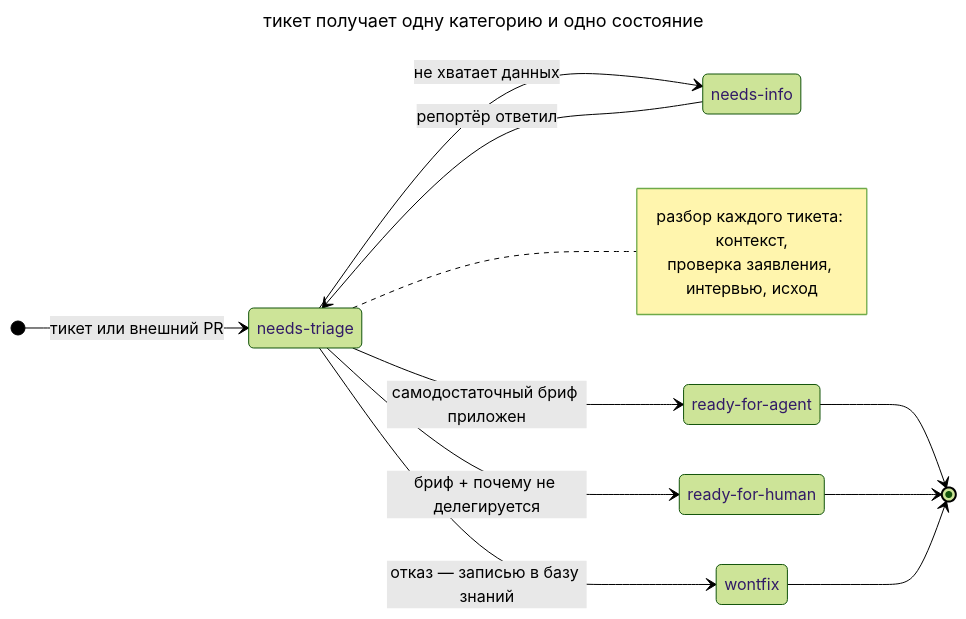
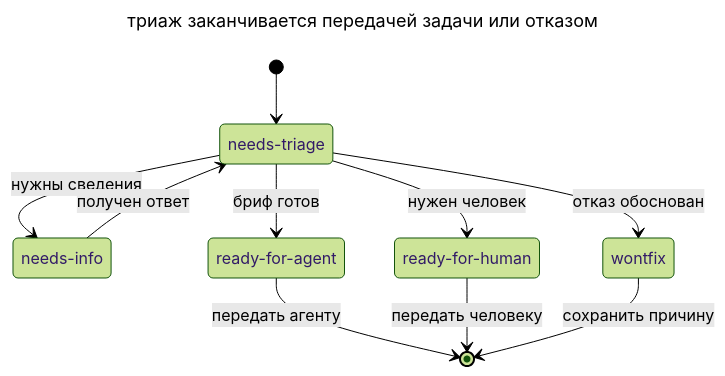
One commit to Rastavelli/agentic-coding-design-patterns changed the diagram in book/ru/triage-state-machine.md. Above: the diagram before and after it, drawn with Mermaid (forest theme). The commit also changed other lines of this file and 9 other files, not shown here.

Commit message:
docs: clarify Mermaid diagrams and remove obsolete Claude alias

````diff
--- a/book/ru/triage-state-machine.md
+++ b/book/ru/triage-state-machine.md
@@ -48,30 +48,23 @@
 ```mermaid
 ---
-title: тикет получает одну категорию и одно состояние
+title: триаж заканчивается передачей задачи или отказом
 ---
 stateDiagram-v2
-  direction LR
+  direction TB
   state "needs-triage" as triage
   state "needs-info" as info
   state "ready-for-agent" as agent
   state "ready-for-human" as human
   state "wontfix" as wontfix
-
   class agent accent
   class wontfix warn
-
-  [*] --> triage: тикет или внешний PR
-  triage --> info: не хватает данных
-  info --> triage: репортёр ответил
-  triage --> agent: самодостаточный бриф приложен
-  triage --> human: бриф + почему не делегируется
-  triage --> wontfix: отказ — записью в базу знаний
-  agent --> [*]
-  human --> [*]
-  wontfix --> [*]
-
-  note right of triage
-    разбор каждого тикета: контекст,
-    проверка заявления, интервью, исход
-  end note
+  [*] --> triage
+  triage --> info: нужны сведения
+  info --> triage: получен ответ
+  triage --> agent: бриф готов
+  triage --> human: нужен человек
+  triage --> wontfix: отказ обоснован
+  agent --> [*]: передать агенту
+  human --> [*]: передать человеку
+  wontfix --> [*]: сохранить причину
 ```
````
